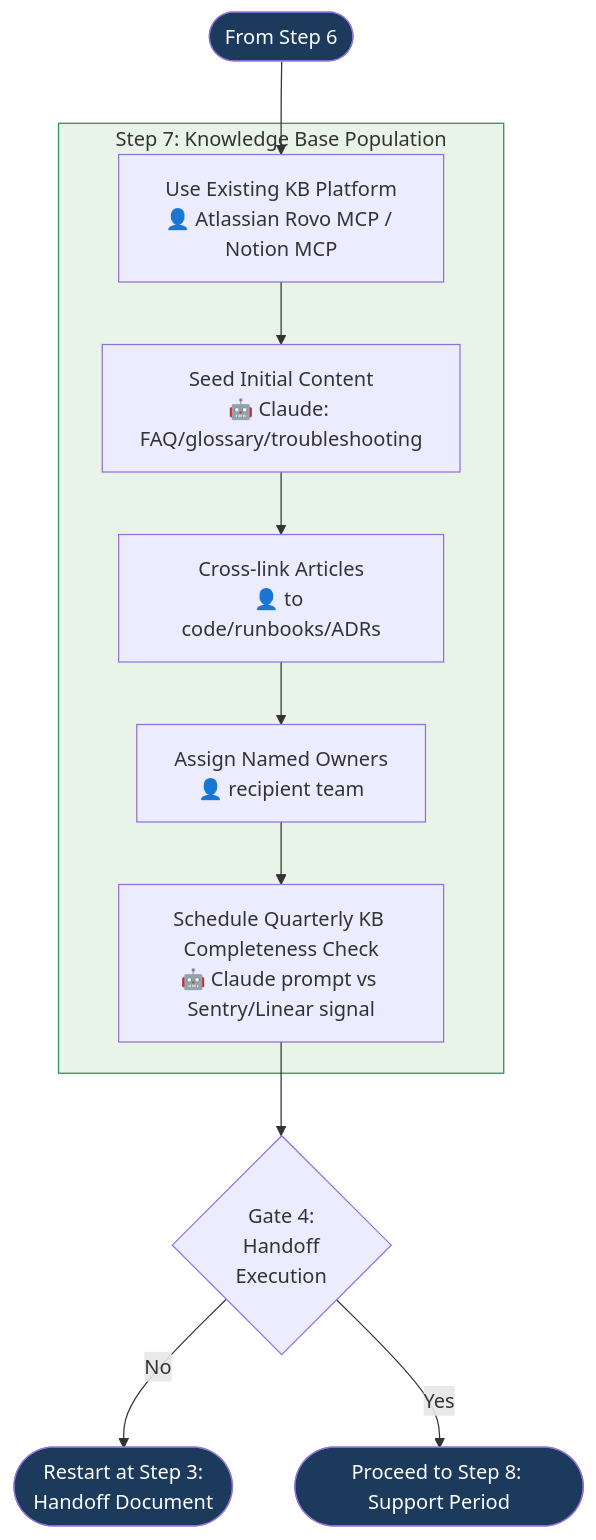
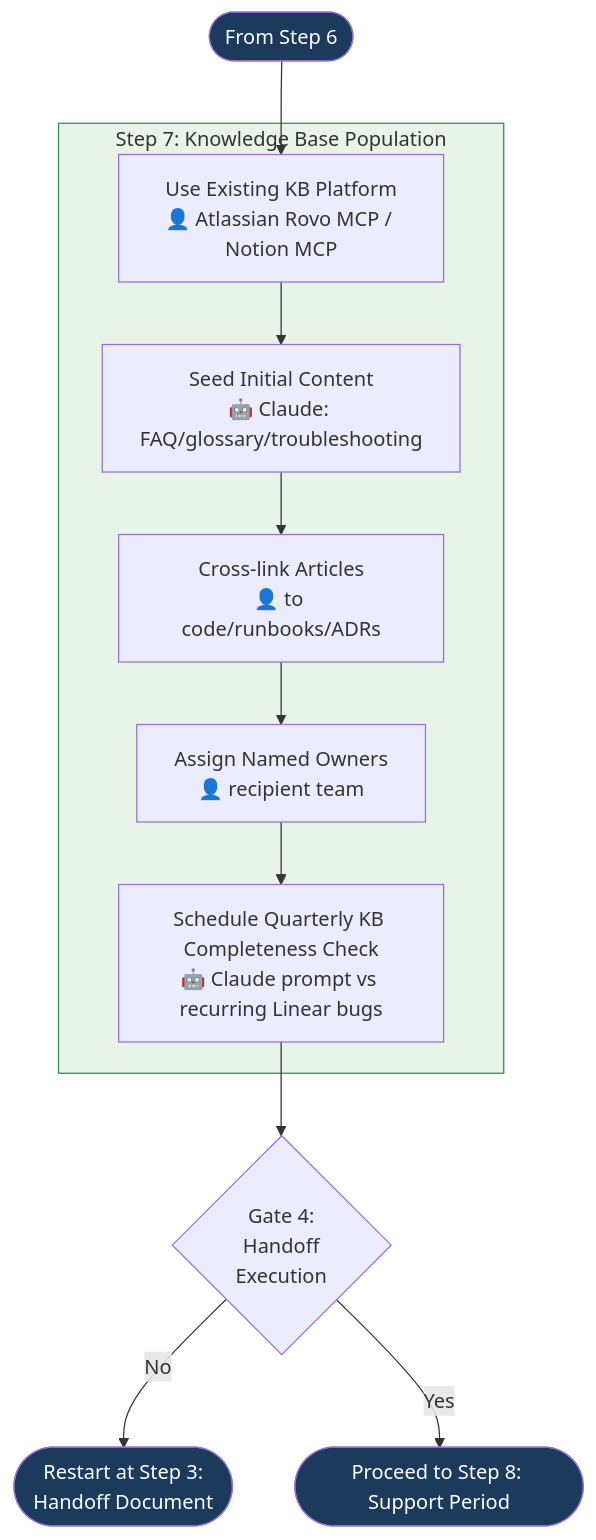
Before and after one commit to kalpat-allion/ai-dlc: the ninth of 11 diagrams in aidlc-phases/07-delivery-handoff/FLOWCHART.md, drawn with Mermaid. The commit also changed other lines of this file and 39 other files, not shown here.

````diff
--- a/aidlc-phases/07-delivery-handoff/FLOWCHART.md
+++ b/aidlc-phases/07-delivery-handoff/FLOWCHART.md
@@ -284,20 +281,20 @@
 ```mermaid
 flowchart TD
     ENTRY([From Step 6]) --> KB
 
     subgraph KB_STEP["Step 7: Knowledge Base Population"]
         KB[Use Existing KB Platform<br/>👤 Atlassian Rovo MCP / Notion MCP] --> SEED[Seed Initial Content<br/>🤖 Claude: FAQ/glossary/troubleshooting]
         SEED --> CROSS_LINK[Cross-link Articles<br/>👤 to code/runbooks/ADRs]
         CROSS_LINK --> OWNERS[Assign Named Owners<br/>👤 recipient team]
-        OWNERS --> CADENCE[Schedule Quarterly KB Completeness Check<br/>🤖 Claude prompt vs Sentry/Linear signal]
+        OWNERS --> CADENCE[Schedule Quarterly KB Completeness Check<br/>🤖 Claude prompt vs recurring Linear bugs]
     end
 
     CADENCE --> GATE4{Gate 4:<br/>Handoff<br/>Execution}
     GATE4 -- No --> RESTART([Restart at Step 3:<br/>Handoff Document])
     GATE4 -- Yes --> NEXT([Proceed to Step 8: Support Period])
 
     style ENTRY fill:#1B3A5C,color:#fff
     style NEXT fill:#1B3A5C,color:#fff
     style RESTART fill:#1B3A5C,color:#fff
     style KB_STEP fill:#e8f4e8,stroke:#2E8B57
 ```
````
